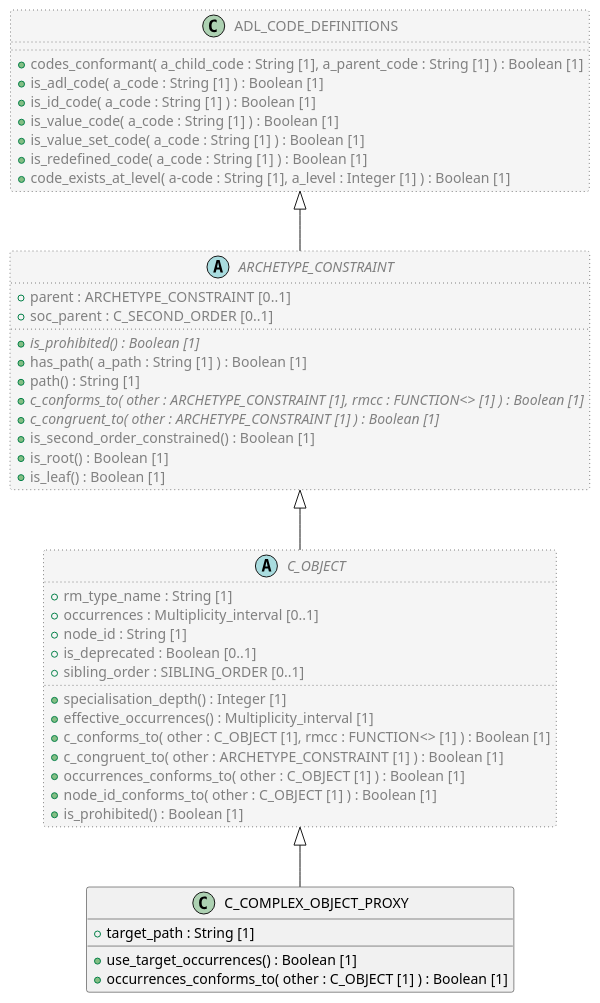
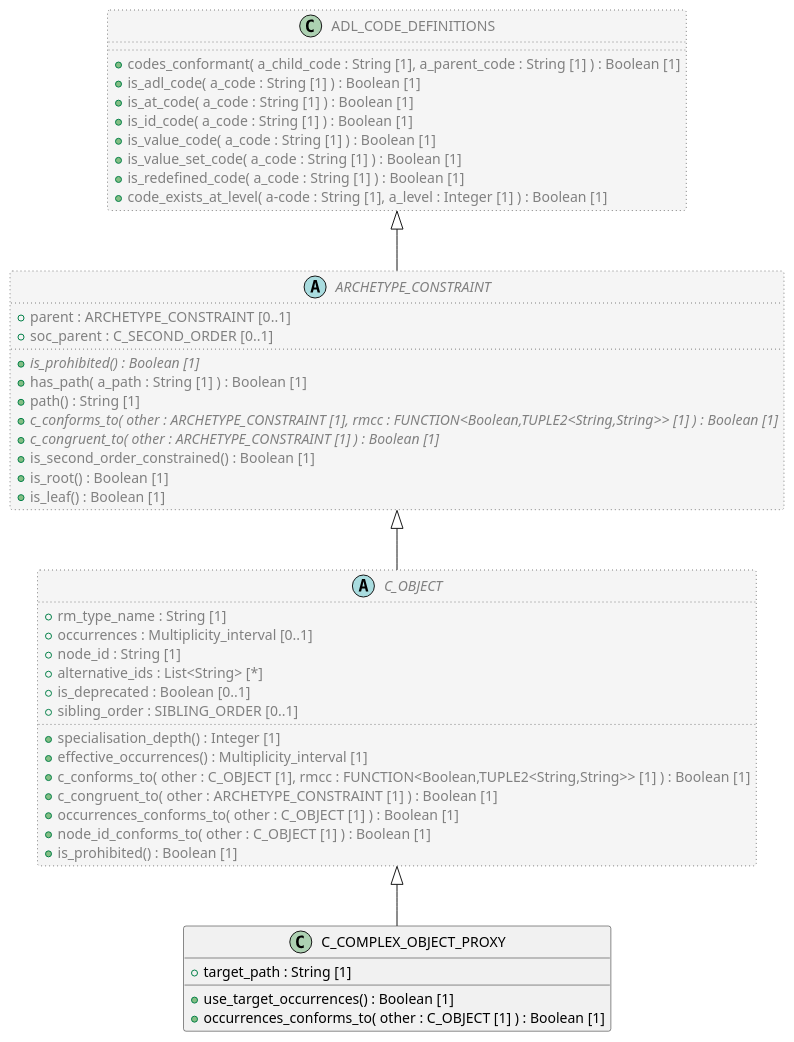
One commit to sebastian-iancu/code-generator changed the diagram in code/Adoc/openehr_am_2.4.0/plantUML/classes/aom2.c_complex_object_proxy.adoc. Above: the diagram before and after it, drawn with PlantUML. The commit also changed 299 other files, not shown here.

```diff
--- a/code/Adoc/openehr_am_2.4.0/plantUML/classes/aom2.c_complex_object_proxy.adoc
+++ b/code/Adoc/openehr_am_2.4.0/plantUML/classes/aom2.c_complex_object_proxy.adoc
@@ -1,57 +1,59 @@
 [plantuml,C_COMPLEX_OBJECT_PROXY,format=svg]
 -----
 @startuml
 
 class C_COMPLEX_OBJECT_PROXY {
   + target_path : String [1]
   + use_target_occurrences() : Boolean [1]
   + occurrences_conforms_to( other : C_OBJECT [1] ) : Boolean [1]
 }
 
 abstract class C_OBJECT  #whitesmoke;line:gray;line.dotted;text:gray {
   + rm_type_name : String [1]
   + occurrences : Multiplicity_interval [0..1]
   + node_id : String [1]
+  + alternative_ids : List<String> [*]
   + is_deprecated : Boolean [0..1]
   + sibling_order : SIBLING_ORDER [0..1]
   + specialisation_depth() : Integer [1]
   + effective_occurrences() : Multiplicity_interval [1]
-  + c_conforms_to( other : C_OBJECT [1], rmcc : FUNCTION<> [1] ) : Boolean [1]
+  + c_conforms_to( other : C_OBJECT [1], rmcc : FUNCTION<Boolean,TUPLE2<String,String>> [1] ) : Boolean [1]
   + c_congruent_to( other : ARCHETYPE_CONSTRAINT [1] ) : Boolean [1]
   + occurrences_conforms_to( other : C_OBJECT [1] ) : Boolean [1]
   + node_id_conforms_to( other : C_OBJECT [1] ) : Boolean [1]
   + is_prohibited() : Boolean [1]
 }
 
 abstract class ARCHETYPE_CONSTRAINT  #whitesmoke;line:gray;line.dotted;text:gray {
   + parent : ARCHETYPE_CONSTRAINT [0..1]
   + soc_parent : C_SECOND_ORDER [0..1]
   + {abstract} is_prohibited() : Boolean [1]
   + has_path( a_path : String [1] ) : Boolean [1]
   + path() : String [1]
-  + {abstract} c_conforms_to( other : ARCHETYPE_CONSTRAINT [1], rmcc : FUNCTION<> [1] ) : Boolean [1]
+  + {abstract} c_conforms_to( other : ARCHETYPE_CONSTRAINT [1], rmcc : FUNCTION<Boolean,TUPLE2<String,String>> [1] ) : Boolean [1]
   + {abstract} c_congruent_to( other : ARCHETYPE_CONSTRAINT [1] ) : Boolean [1]
   + is_second_order_constrained() : Boolean [1]
   + is_root() : Boolean [1]
   + is_leaf() : Boolean [1]
 }
 
 class ADL_CODE_DEFINITIONS  #whitesmoke;line:gray;line.dotted;text:gray {
   + codes_conformant( a_child_code : String [1], a_parent_code : String [1] ) : Boolean [1]
   + is_adl_code( a_code : String [1] ) : Boolean [1]
+  + is_at_code( a_code : String [1] ) : Boolean [1]
   + is_id_code( a_code : String [1] ) : Boolean [1]
   + is_value_code( a_code : String [1] ) : Boolean [1]
   + is_value_set_code( a_code : String [1] ) : Boolean [1]
   + is_redefined_code( a_code : String [1] ) : Boolean [1]
   + code_exists_at_level( a-code : String [1], a_level : Integer [1] ) : Boolean [1]
 }
 
 ADL_CODE_DEFINITIONS <|-- ARCHETYPE_CONSTRAINT
 
 ARCHETYPE_CONSTRAINT <|-- C_OBJECT
 
 C_OBJECT <|-- C_COMPLEX_OBJECT_PROXY
 
 
 @enduml
 -----
```
